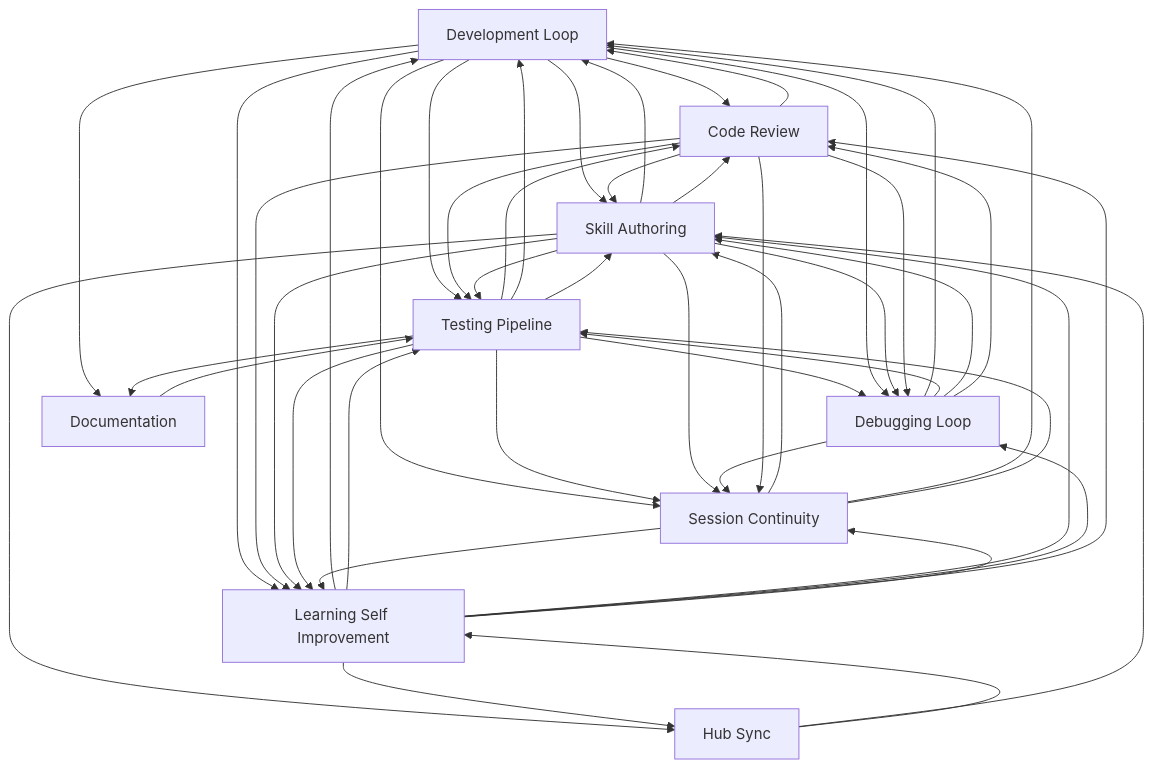
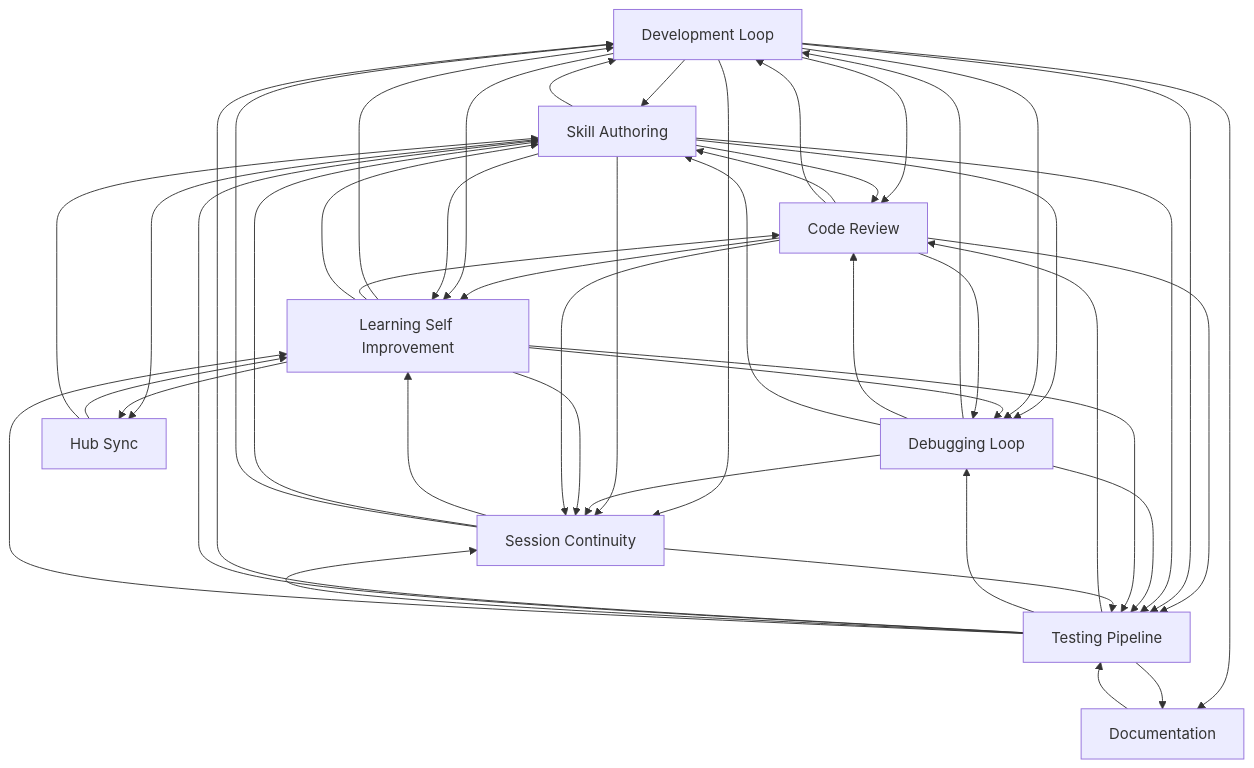
Before and after one commit to abhayla/claude-best-practices: the diagram in docs/workflows/INDEX.md, drawn with Mermaid. The commit also changed other lines of this file and 13 other files, not shown here.

````diff
--- a/docs/workflows/INDEX.md
+++ b/docs/workflows/INDEX.md
@@ -21,58 +21,58 @@
 ```mermaid
 graph TD
     development_loop[Development Loop]
     testing_pipeline[Testing Pipeline]
     debugging_loop[Debugging Loop]
     learning_self_improvement[Learning Self Improvement]
     session_continuity[Session Continuity]
     skill_authoring[Skill Authoring]
     code_review[Code Review]
     documentation[Documentation]
     hub_sync[Hub Sync]
     documentation --> testing_pipeline
+    code_review --> skill_authoring
+    code_review --> development_loop
+    development_loop --> skill_authoring
     development_loop --> code_review
-    development_loop --> skill_authoring
-    code_review --> development_loop
-    code_review --> skill_authoring
+    code_review --> learning_self_improvement
+    code_review --> testing_pipeline
+    development_loop --> learning_self_improvement
     development_loop --> testing_pipeline
-    development_loop --> learning_self_improvement
-    code_review --> testing_pipeline
-    code_review --> learning_self_improvement
     testing_pipeline --> code_review
     testing_pipeline --> debugging_loop
     testing_pipeline --> development_loop
     testing_pipeline --> skill_authoring
+    skill_authoring --> code_review
     skill_authoring --> development_loop
-    skill_authoring --> code_review
+    skill_authoring --> learning_self_improvement
     skill_authoring --> testing_pipeline
-    skill_authoring --> learning_self_improvement
     development_loop --> session_continuity
+    skill_authoring --> session_continuity
+    debugging_loop --> session_continuity
+    debugging_loop --> development_loop
     testing_pipeline --> session_continuity
-    skill_authoring --> session_continuity
-    debugging_loop --> development_loop
-    debugging_loop --> session_continuity
-    development_loop --> debugging_loop
     skill_authoring --> debugging_loop
     debugging_loop --> testing_pipeline
+    debugging_loop --> code_review
     debugging_loop --> skill_authoring
-    debugging_loop --> code_review
+    development_loop --> debugging_loop
+    learning_self_improvement --> debugging_loop
     learning_self_improvement --> development_loop
     learning_self_improvement --> testing_pipeline
+    learning_self_improvement --> code_review
     learning_self_improvement --> skill_authoring
-    learning_self_improvement --> debugging_loop
-    learning_self_improvement --> code_review
     code_review --> debugging_loop
+    learning_self_improvement --> session_continuity
     testing_pipeline --> learning_self_improvement
     code_review --> session_continuity
-    learning_self_improvement --> session_continuity
+    session_continuity --> learning_self_improvement
     session_continuity --> skill_authoring
-    session_continuity --> learning_self_improvement
     development_loop --> documentation
     testing_pipeline --> documentation
     session_continuity --> development_loop
     session_continuity --> testing_pipeline
     skill_authoring --> hub_sync
     learning_self_improvement --> hub_sync
+    hub_sync --> learning_self_improvement
     hub_sync --> skill_authoring
-    hub_sync --> learning_self_improvement
 ```
````
